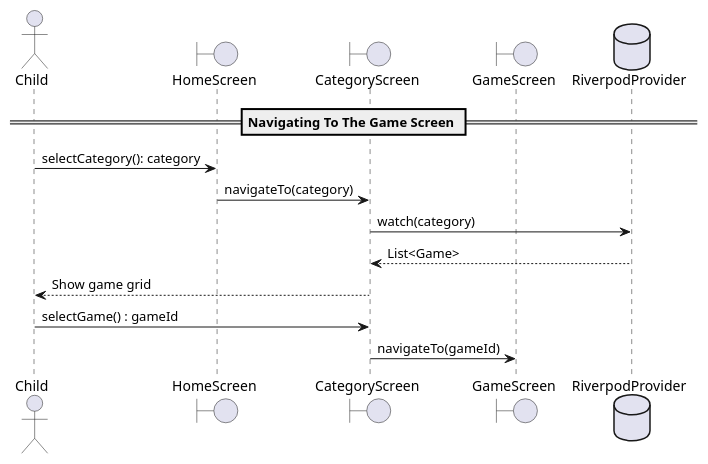
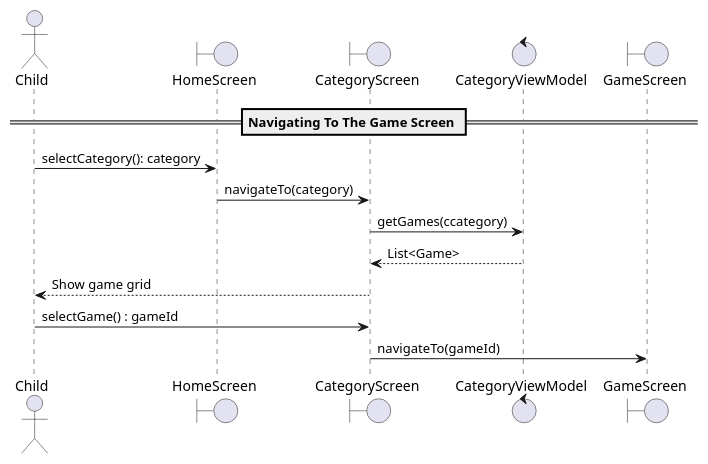
Before and after one commit to YounesMakhlouf/PFA: the diagram in docs/sequence diagrams/play_game_usecase/navigate_to_game_screen.puml, drawn with PlantUML. The commit also changed 4 other files, not shown here.

Commit message:
update sequence diagrams

```diff
--- a/docs/sequence diagrams/play_game_usecase/navigate_to_game_screen.puml
+++ b/docs/sequence diagrams/play_game_usecase/navigate_to_game_screen.puml
@@ -1,15 +1,15 @@
 actor Child
 
 boundary HomeScreen
 boundary CategoryScreen
+control CategoryViewModel
 boundary GameScreen
-database  RiverpodProvider
 == Navigating To The Game Screen ==
 
 Child ->HomeScreen : selectCategory(): category
 HomeScreen ->CategoryScreen: navigateTo(category)
-CategoryScreen -> RiverpodProvider: watch(category)
-RiverpodProvider --> CategoryScreen: List<Game>
+CategoryScreen -> CategoryViewModel: getGames(ccategory)
+CategoryViewModel --> CategoryScreen: List<Game>
 CategoryScreen --> Child: Show game grid
 Child ->CategoryScreen : selectGame() : gameId
 CategoryScreen ->GameScreen : navigateTo(gameId)
```
